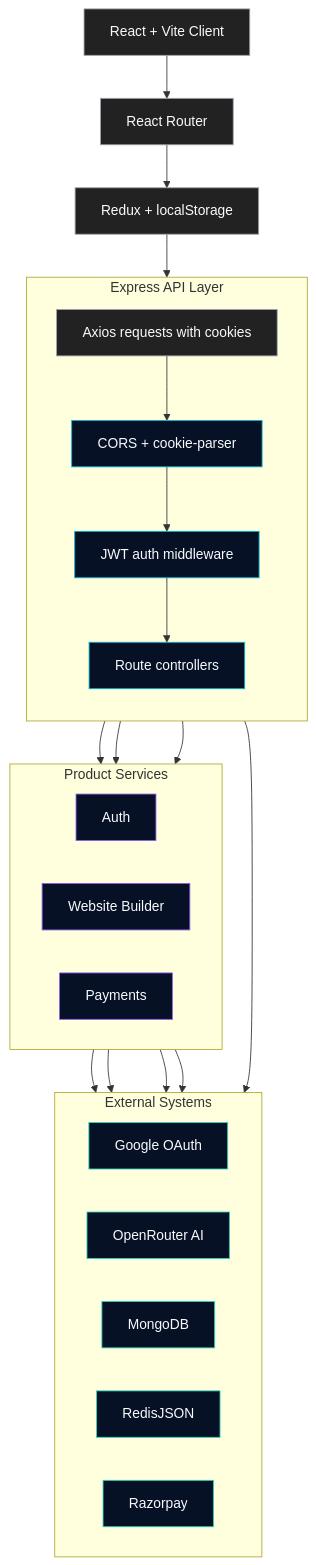
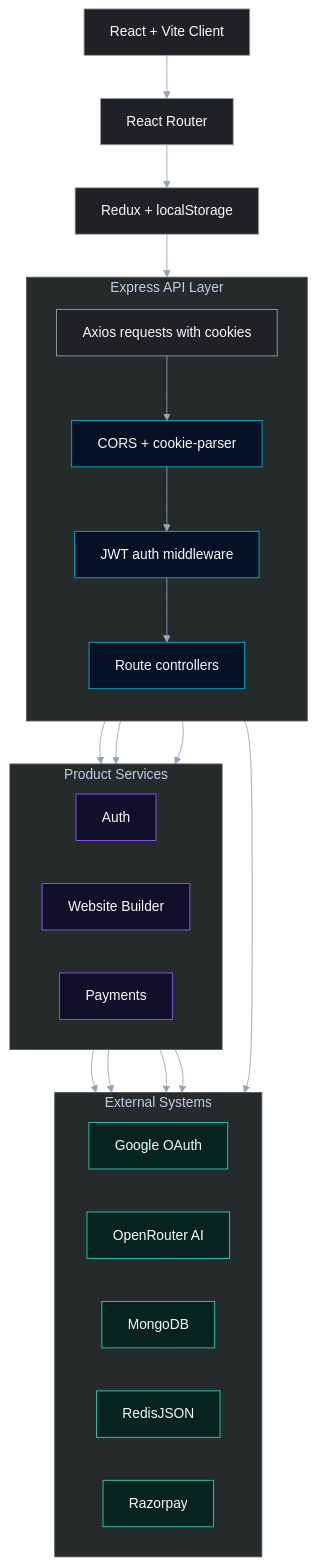
Before and after one commit to ParthPipermintwala/prompt2site: the second of 6 diagrams in README.md, drawn with Mermaid. The commit also changed other lines of this file and 1 other file, not shown here.

````diff
--- a/README.md
+++ b/README.md
@@ -177,39 +178,40 @@
 ```mermaid
+%%{init: {'theme': 'base', 'themeVariables': { 'background': '#0b0f19', 'primaryColor': '#0f172a', 'primaryTextColor': '#e2e8f0', 'primaryBorderColor': '#22d3ee', 'lineColor': '#94a3b8', 'clusterBkg': '#252a2a', 'clusterBorder': '#52575a', 'fontFamily': 'Inter, ui-sans-serif, system-ui' }}}%%
 flowchart TD
   A["React + Vite Client"] --> B["React Router"]
   B --> C["Redux + localStorage"]
   C --> D["Axios requests with cookies"]
 
   subgraph API["Express API Layer"]
     direction TB
     D --> E["CORS + cookie-parser"]
     E --> F["JWT auth middleware"]
     F --> G["Route controllers"]
   end
 
   subgraph SERVICES["Product Services"]
     direction LR
     G --> H["Auth"]
     G --> I["Website Builder"]
     G --> J["Payments"]
   end
 
   subgraph INFRA["External Systems"]
     direction LR
     H --> K["Google OAuth"]
     I --> L["OpenRouter AI"]
     I --> M["MongoDB"]
     F --> N["RedisJSON"]
     J --> O["Razorpay"]
   end
 
-  classDef input fill:#222222,stroke:#9ca3af,color:#f8fafc,stroke-width:1px;
+  classDef input fill:#202124,stroke:#9ca3af,color:#f8fafc,stroke-width:1px;
   classDef core fill:#071126,stroke:#06b6d4,color:#f8fafc,stroke-width:1px;
-  classDef service fill:#071126,stroke:#8b5cf6,color:#f8fafc,stroke-width:1px;
-  classDef infra fill:#071126,stroke:#2dd4bf,color:#f8fafc,stroke-width:1px;
+  classDef service fill:#120f2a,stroke:#8b5cf6,color:#f8fafc,stroke-width:1px;
+  classDef infra fill:#06231f,stroke:#2dd4bf,color:#f8fafc,stroke-width:1px;
 
   class A,B,C,D input;
   class E,F,G core;
   class H,I,J service;
   class K,L,M,N,O infra;
 ```
````
